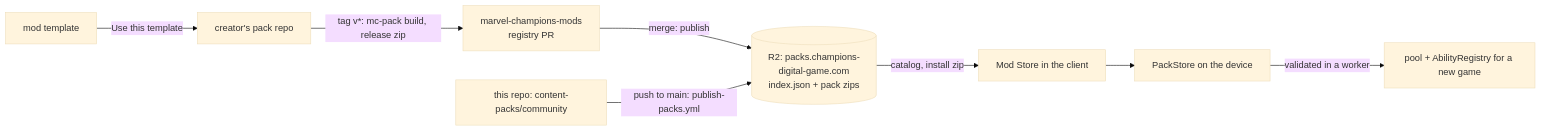
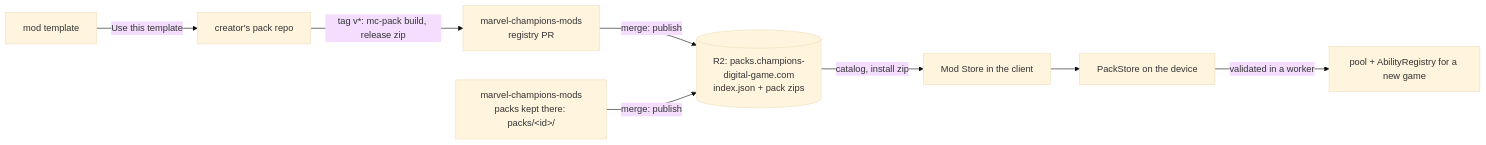
The diagram in docs/project/architecture.md (bluefireF5ran/marvel-champions-digital-game), drawn with Mermaid (base theme) before and after one commit. The commit also changed other lines of this file and 244 other files, not shown here.

First line of the commit message:
Move the community content packs to the Mod Store registry (#732)

````diff
--- a/docs/project/architecture.md
+++ b/docs/project/architecture.md
@@ -48,10 +48,10 @@
 ```mermaid
 flowchart LR
   T[mod template] -- "Use this template" --> C[creator's pack repo]
   C -- "tag v*: mc-pack build, release zip" --> R[marvel-champions-mods<br/>registry PR]
   R -- "merge: publish" --> B[(R2: packs.champions-digital-game.com<br/>index.json + pack zips)]
-  G[this repo: content-packs/community] -- "push to main: publish-packs.yml" --> B
+  K[marvel-champions-mods<br/>packs kept there: packs/&lt;id&gt;/] -- "merge: publish" --> B
   B -- "catalog, install zip" --> S[Mod Store in the client]
   S --> P[PackStore on the device]
   P -- "validated in a worker" --> E[pool + AbilityRegistry for a new game]
 ```
````
